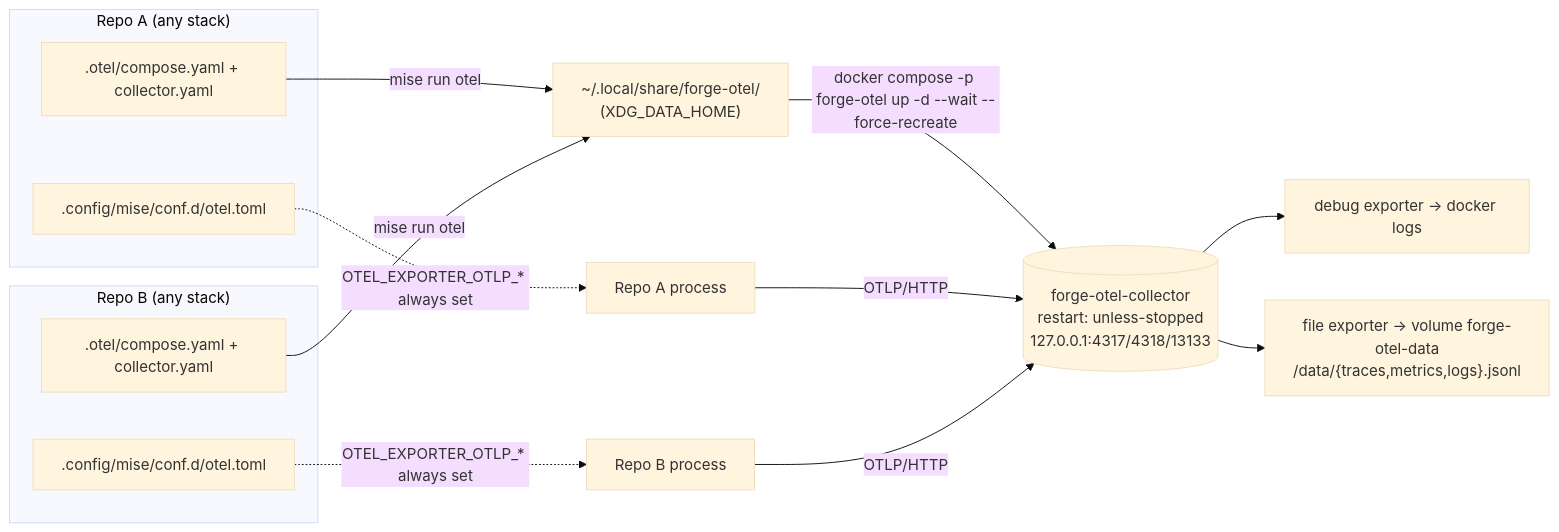
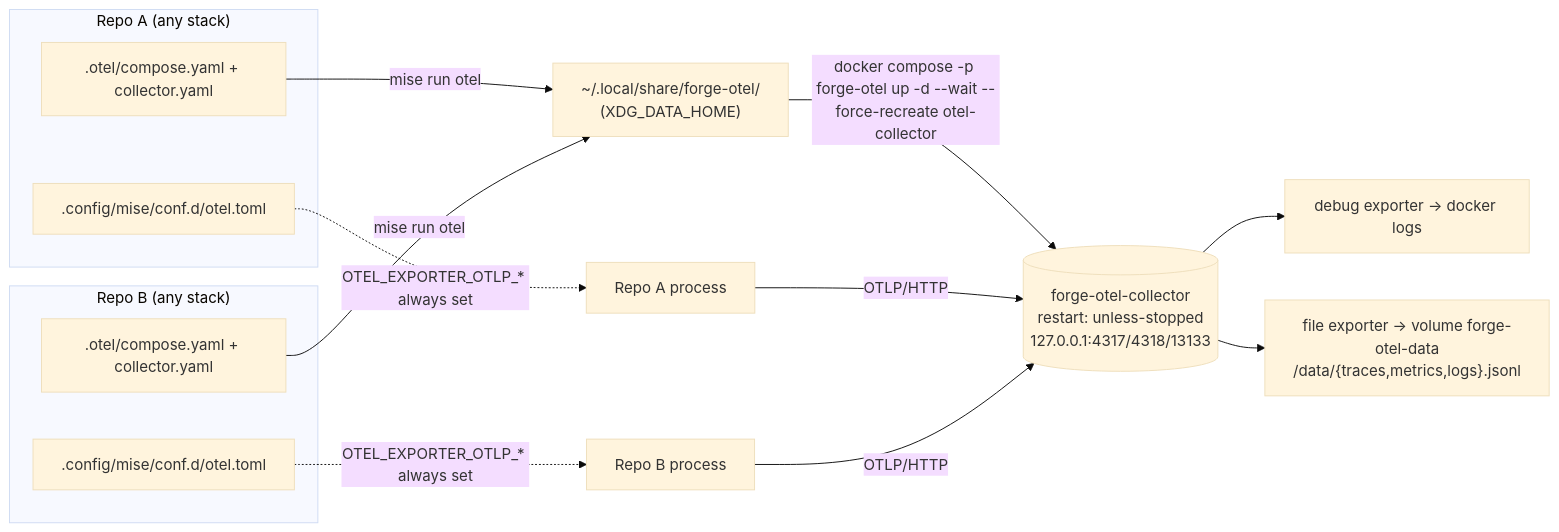
Before and after one commit to AvogadroSG1/forge: the diagram in docs/adr/0021-system-wide-otel-collector-via-mise.md, drawn with Mermaid (base theme). The commit also changed other lines of this file and 3 other files, not shown here.

````diff
--- a/docs/adr/0021-system-wide-otel-collector-via-mise.md
+++ b/docs/adr/0021-system-wide-otel-collector-via-mise.md
@@ -78,20 +79,20 @@
 ```mermaid
 flowchart LR
     subgraph RepoA["Repo A (any stack)"]
       EA[".config/mise/conf.d/otel.toml"]
       OA[".otel/compose.yaml + collector.yaml"]
     end
     subgraph RepoB["Repo B (any stack)"]
       EB[".config/mise/conf.d/otel.toml"]
       OB[".otel/compose.yaml + collector.yaml"]
     end
     OA -- "mise run otel" --> SD["~/.local/share/forge-otel/<br/>(XDG_DATA_HOME)"]
     OB -- "mise run otel" --> SD
-    SD -- "docker compose -p forge-otel up -d --wait --force-recreate" --> C[("forge-otel-collector<br/>restart: unless-stopped<br/>127.0.0.1:4317/4318/13133")]
+    SD -- "docker compose -p forge-otel up -d --wait --force-recreate otel-collector" --> C[("forge-otel-collector<br/>restart: unless-stopped<br/>127.0.0.1:4317/4318/13133")]
     EA -. "OTEL_EXPORTER_OTLP_* always set" .-> AppA["Repo A process"]
     EB -. "OTEL_EXPORTER_OTLP_* always set" .-> AppB["Repo B process"]
     AppA -- OTLP/HTTP --> C
     AppB -- OTLP/HTTP --> C
     C --> Debug["debug exporter -> docker logs"]
     C --> File["file exporter -> volume forge-otel-data<br/>/data/{traces,metrics,logs}.jsonl"]
 ```
````
